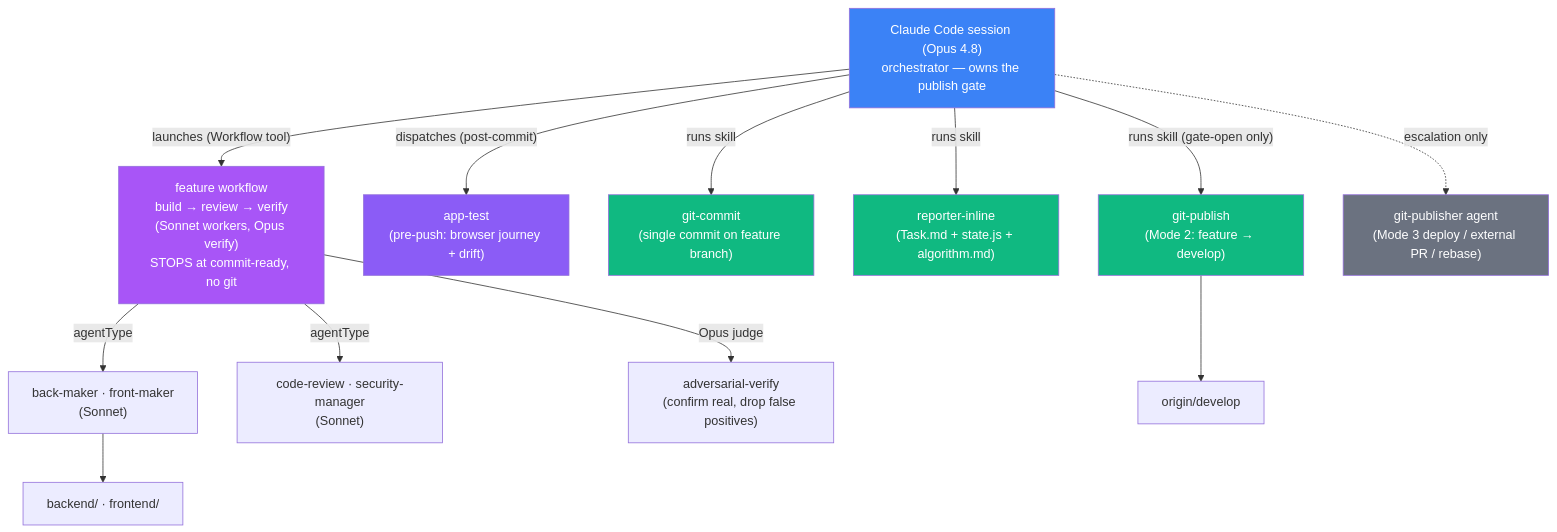
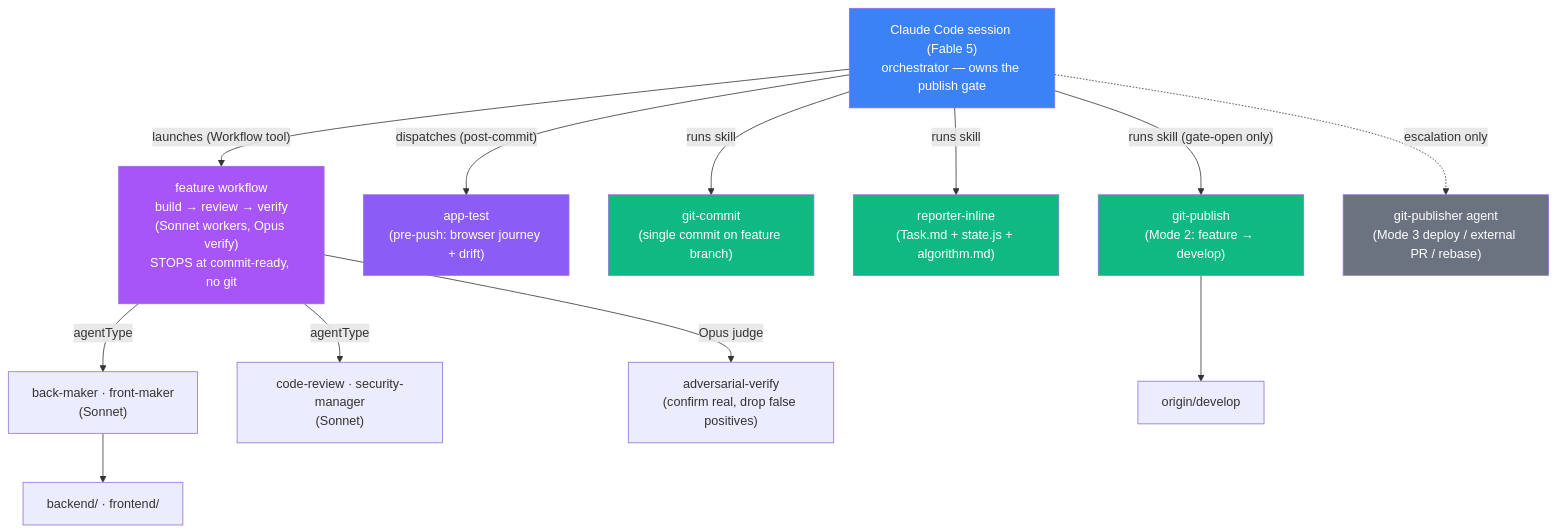
One commit to hongikarchi/archi-tinder changed the first of 2 diagrams in .claude/WORKFLOW.md. Above: the diagram before and after it, drawn with Mermaid. The commit also changed other lines of this file and 55 other files, not shown here.

````diff
--- a/.claude/WORKFLOW.md
+++ b/.claude/WORKFLOW.md
@@ -33,23 +34,23 @@
 ```mermaid
 flowchart TD
-    Main["Claude Code session (Opus 4.8)<br/>orchestrator — owns the publish gate"]
+    Main["Claude Code session (Fable 5)<br/>orchestrator — owns the publish gate"]
     Main -->|"launches (Workflow tool)"| WF["feature workflow<br/>build → review → verify<br/>(Sonnet workers, Opus verify)<br/>STOPS at commit-ready, no git"]
     WF -->|"agentType"| Impl["back-maker · front-maker<br/>(Sonnet)"]
     WF -->|"agentType"| Rev["code-review · security-manager<br/>(Sonnet)"]
     WF -->|"Opus judge"| Ver["adversarial-verify<br/>(confirm real, drop false positives)"]
     Main -->|"dispatches (post-commit)"| Gate["app-test<br/>(pre-push: browser journey + drift)"]
     Main -->|runs skill| Cmt["git-commit<br/>(single commit on feature branch)"]
     Main -->|runs skill| RIn["reporter-inline<br/>(Task.md + state.js + algorithm.md)"]
     Main -->|"runs skill (gate-open only)"| Pub["git-publish<br/>(Mode 2: feature → develop)"]
     Main -.->|escalation only| PubA["git-publisher agent<br/>(Mode 3 deploy / external PR / rebase)"]
     Impl --> Code["backend/ · frontend/"]
     Pub --> Remote["origin/develop"]
 
     style Main fill:#3b82f6,color:#fff
     style WF fill:#a855f7,color:#fff
     style Gate fill:#8b5cf6,color:#fff
     style Pub fill:#10b981,color:#fff
     style RIn fill:#10b981,color:#fff
     style Cmt fill:#10b981,color:#fff
     style PubA fill:#6b7280,color:#fff
 ```
````
